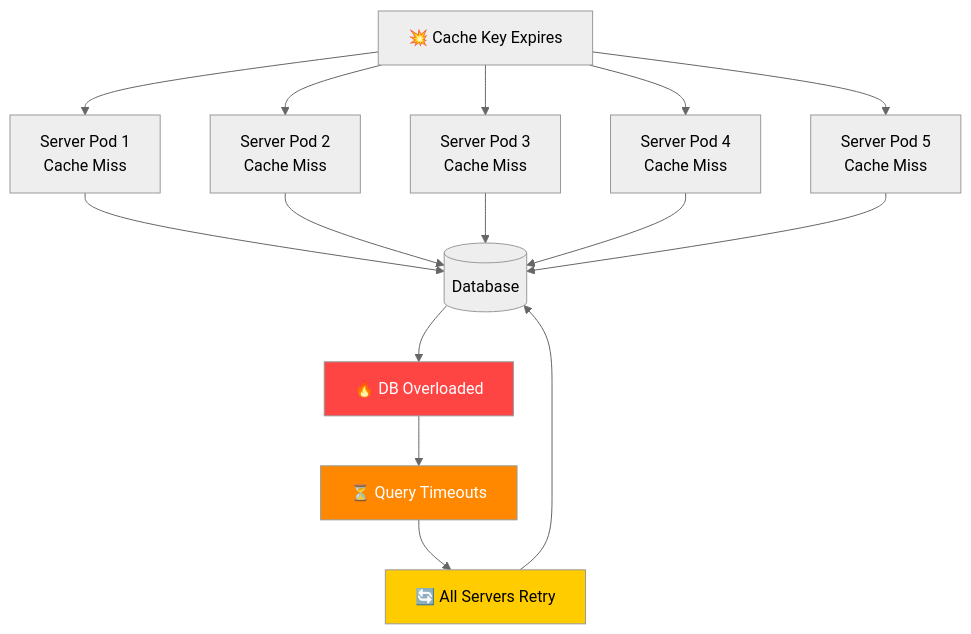
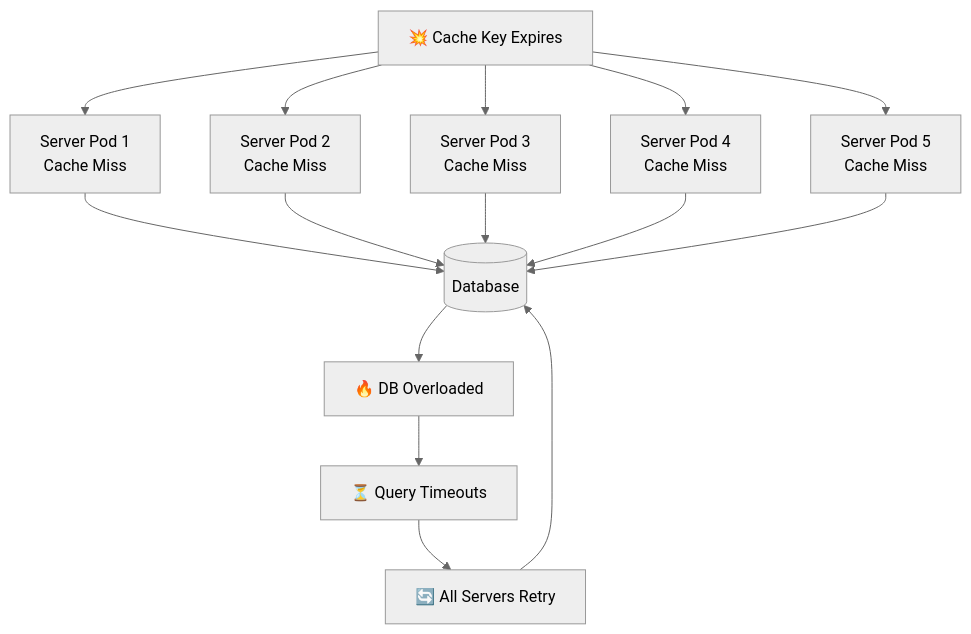
Before and after one commit to amolkharat18/blogs: the fourth of 11 diagrams in system-design/thundering-herd-problem-en.md, drawn with Mermaid (neutral theme). The commit also changed other lines of this file, not shown here.

````diff
--- a/system-design/thundering-herd-problem-en.md
+++ b/system-design/thundering-herd-problem-en.md
@@ -148,23 +155,20 @@
 ```mermaid
 flowchart TD
     CacheExpiry[💥 Cache Key Expires] --> S1[Server Pod 1<br>Cache Miss]
     CacheExpiry --> S2[Server Pod 2<br>Cache Miss]
     CacheExpiry --> S3[Server Pod 3<br>Cache Miss]
     CacheExpiry --> S4[Server Pod 4<br>Cache Miss]
     CacheExpiry --> S5[Server Pod 5<br>Cache Miss]
     
     S1 --> DB[(Database)]
     S2 --> DB
     S3 --> DB
     S4 --> DB
     S5 --> DB
     
     DB --> Overload[🔥 DB Overloaded]
     Overload --> Timeout[⏳ Query Timeouts]
     Timeout --> Retry[🔄 All Servers Retry]
     Retry --> DB
     
-    style Overload fill:#ff4444,color:#fff
-    style Timeout fill:#ff8800,color:#fff
-    style Retry fill:#ffcc00
 ```
````
